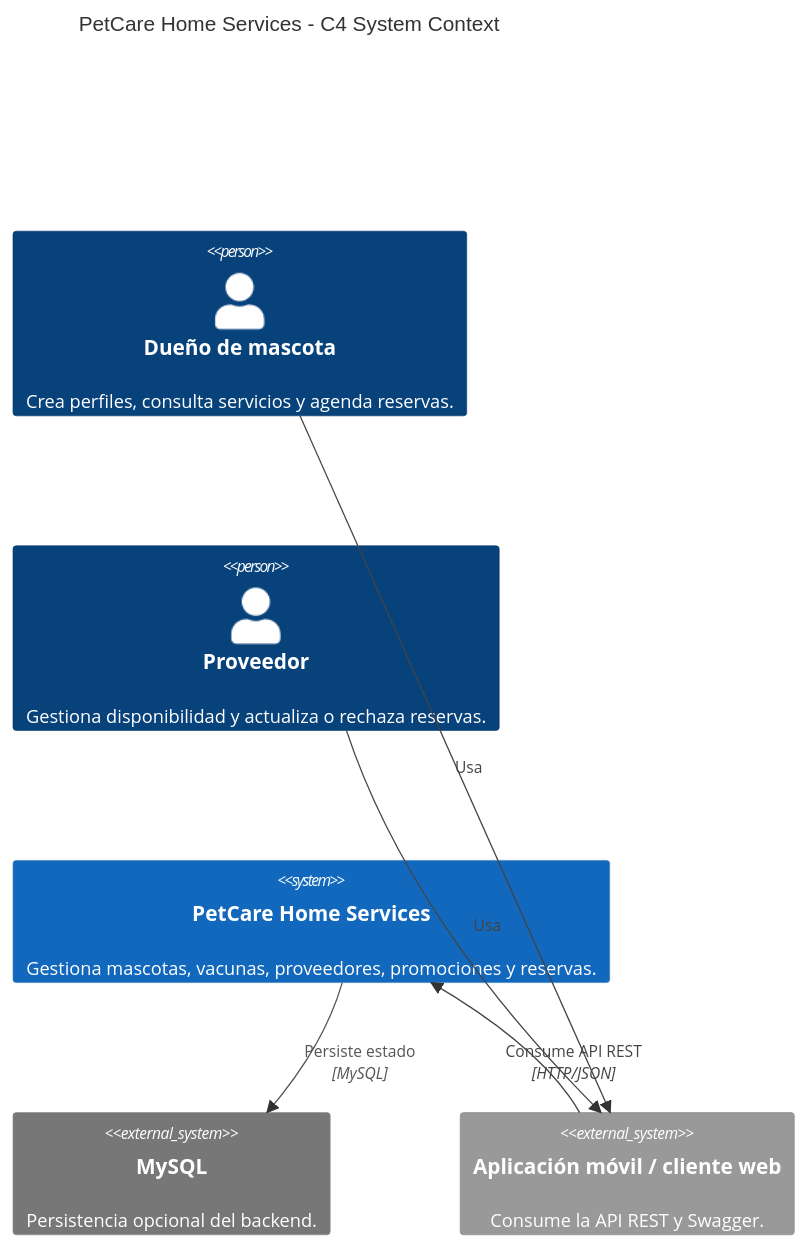
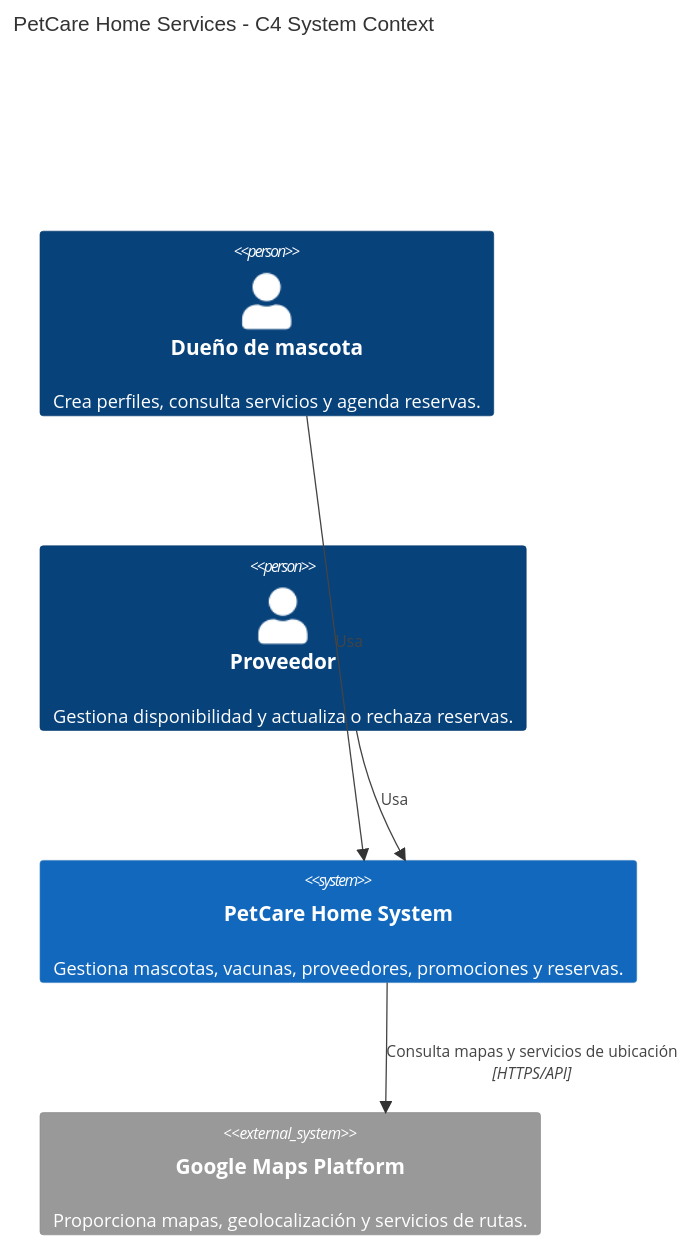
The diagram in Diagrams/01-system-context.mmd (guissLib/petcare-backend), drawn with Mermaid before and after one commit.

Commit message:
fix: corregir diagrama de contexto

```diff
--- a/Diagrams/01-system-context.mmd
+++ b/Diagrams/01-system-context.mmd
@@ -1,17 +1,13 @@
 C4Context
-title PetCare Home Services - C4 System Context
+    title PetCare Home Services - C4 System Context
 
-Person(owner, "Dueño de mascota", "Crea perfiles, consulta servicios y agenda reservas.")
-Person(provider, "Proveedor", "Gestiona disponibilidad y actualiza o rechaza reservas.")
-System(petcare, "PetCare Home Services", "Gestiona mascotas, vacunas, proveedores, promociones y reservas.")
-System_Ext(mysql, "MySQL", "Persistencia opcional del backend.")
-System_Ext(client, "Aplicación móvil / cliente web", "Consume la API REST y Swagger.")
+    Person(owner, "Dueño de mascota", "Crea perfiles, consulta servicios y agenda reservas.")
+    Person(provider, "Proveedor", "Gestiona disponibilidad y actualiza o rechaza reservas.")
+    System(petcare, "PetCare Home System", "Gestiona mascotas, vacunas, proveedores, promociones y reservas.")
+    System_Ext(google_services, "Google Maps Platform", "Proporciona mapas, geolocalización y servicios de rutas.")
 
-Rel(owner, client, "Usa")
-Rel(provider, client, "Usa")
-Rel(client, petcare, "Consume API REST", "HTTP/JSON")
-Rel(petcare, mysql, "Persiste estado", "MySQL")
+    Rel(owner, petcare, "Usa")
+    Rel(provider, petcare, "Usa")
+    Rel(petcare, google_services, "Consulta mapas y servicios de ubicación", "HTTPS/API")
 
-UpdateElementStyle(petcare, $bgColor="#1168bd", $fontColor="white")
-UpdateElementStyle(mysql, $bgColor="#777777", $fontColor="white")
-UpdateRelStyle(petcare, mysql, $textColor="#555555", $lineColor="#555555")
+    UpdateElementStyle(petcare, $bgColor="#1168bd", $fontColor="white")
```
